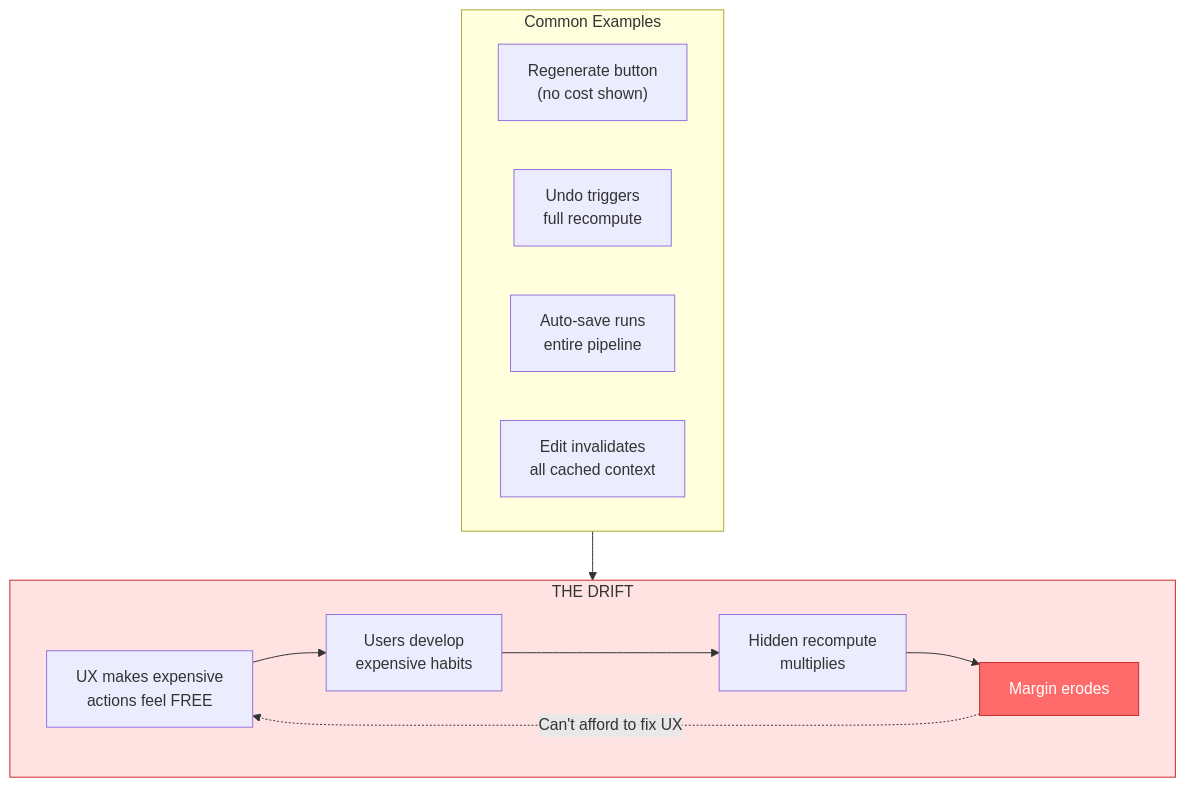
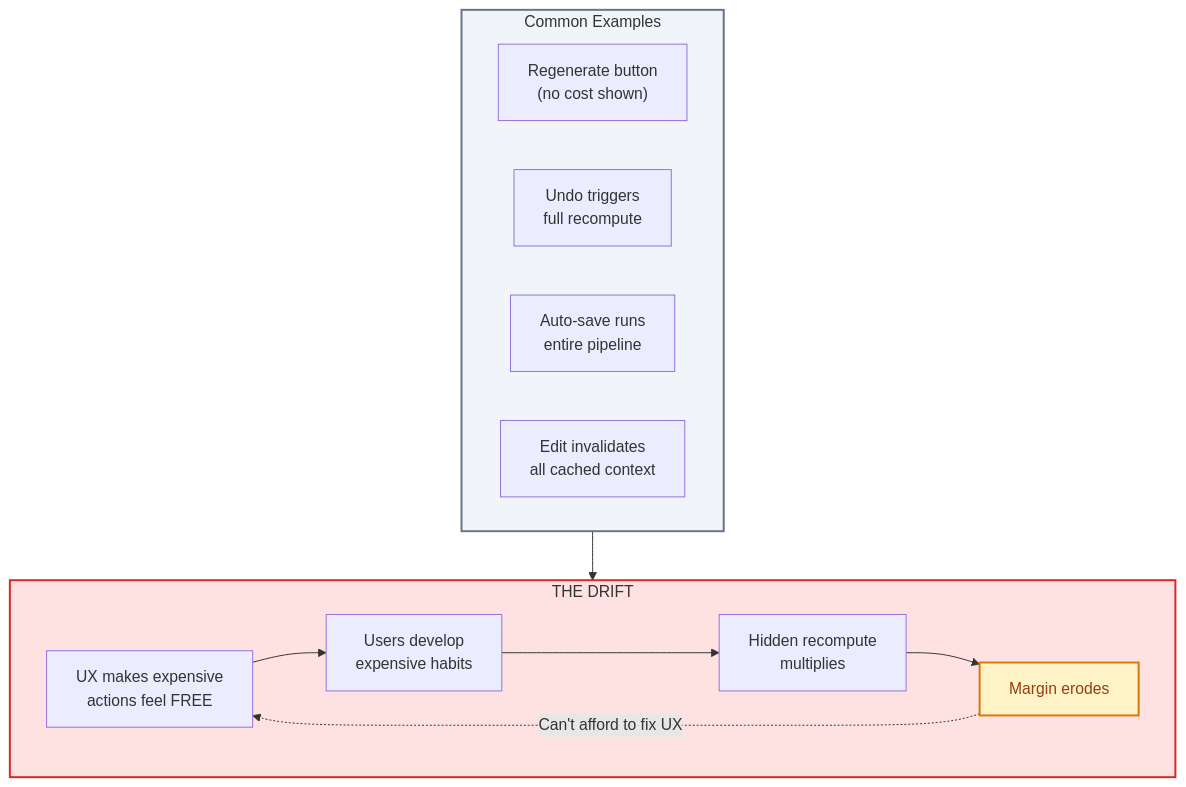
Before and after one commit to whoisrade/agentic-field-manual: the diagram in 01-failure-modes/control-surface-drift.md, drawn with Mermaid. The commit also changed 18 other files, not shown here.

Commit message:
refine mermaid diagrams with enterprise color palette

````diff
--- a/01-failure-modes/control-surface-drift.md
+++ b/01-failure-modes/control-surface-drift.md
@@ -25,21 +25,22 @@
 ```mermaid
 flowchart TB
     subgraph Problem["THE DRIFT"]
         UX["UX makes expensive<br/>actions feel FREE"] --> Habit["Users develop<br/>expensive habits"]
         Habit --> Recompute["Hidden recompute<br/>multiplies"]
-        Recompute --> Cost[Margin erodes]
+        Recompute --> Cost["Margin erodes"]
         Cost -.->|"Can't afford to fix UX"| UX
     end
     
     subgraph Examples["Common Examples"]
         E1["Regenerate button<br/>(no cost shown)"]
         E2["Undo triggers<br/>full recompute"]
         E3["Auto-save runs<br/>entire pipeline"]
         E4["Edit invalidates<br/>all cached context"]
     end
     
     Examples --> Problem
     
-    style Problem fill:#ffe3e3,stroke:#c92a2a
-    style Cost fill:#ff6b6b,stroke:#c92a2a,color:#fff
+    style Problem fill:#fee2e2,stroke:#dc2626,stroke-width:2px
+    style Examples fill:#f1f5f9,stroke:#64748b,stroke-width:2px
+    style Cost fill:#fef3c7,stroke:#d97706,stroke-width:2px,color:#92400e
 ```
````
